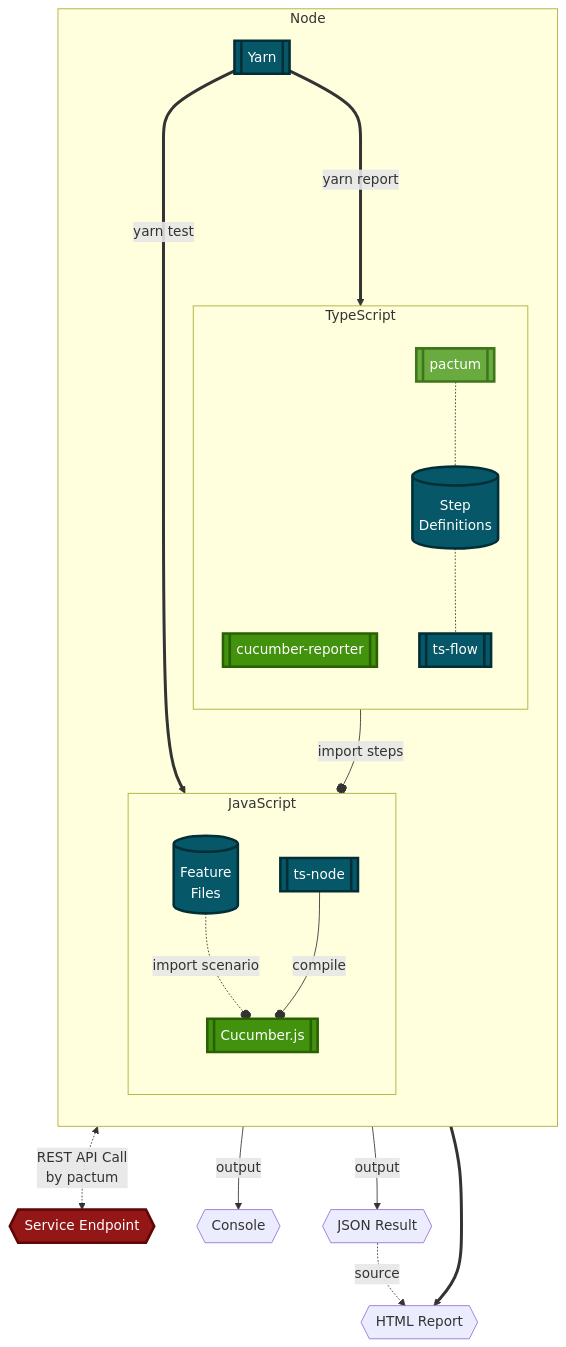
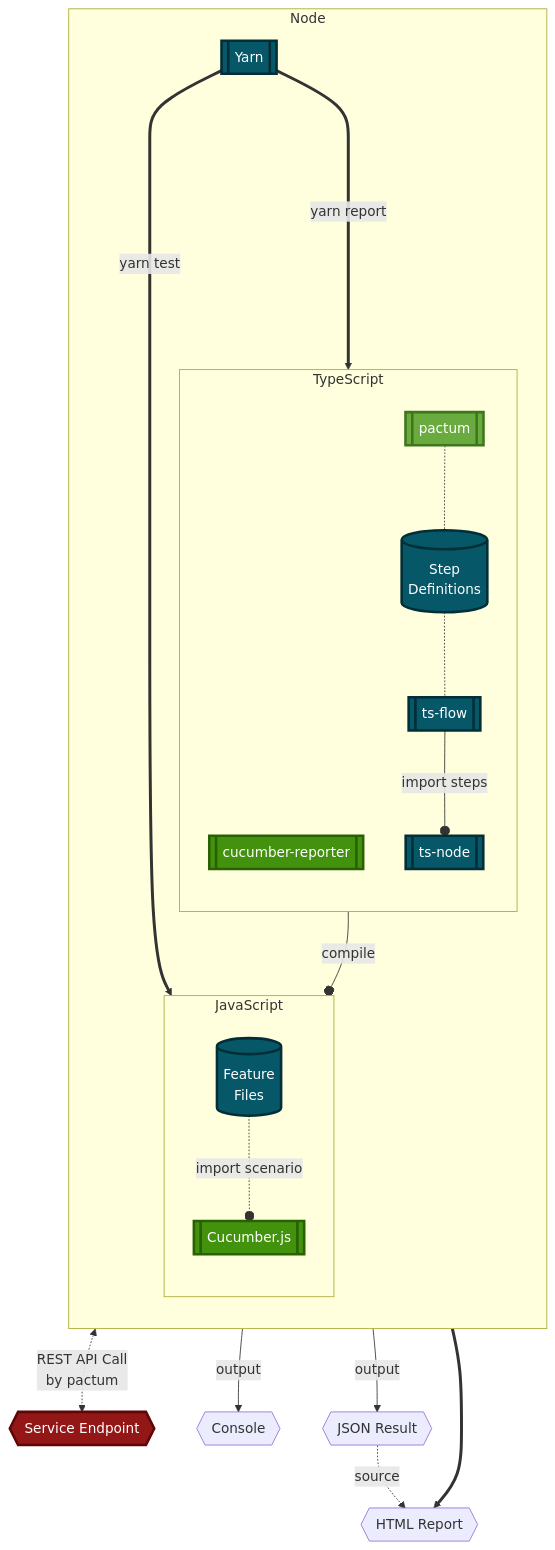
Before and after one commit to ddongEee/day1: the second of 3 diagrams in README.TECH.md, drawn with Mermaid.

Commit message:
edit diagram

````diff
--- a/README.TECH.md
+++ b/README.TECH.md
@@ -66,45 +66,45 @@
 ```mermaid
 %%{ init: { "fontFamily": "Noto Sans KR, sans-serif" } }%%
 flowchart TB
   %% Style
   classDef Role color:#050505,fill:#fad7ac,stroke:#be7a26,stroke-width:3px
   classDef Support color:#ffffff,fill:#065767,stroke:#012e37,stroke-width:3px
   classDef Core color:#ffffff,fill:#69ab3e,stroke:#3f761c,stroke-width:3px
   classDef Process color:#ffffff,fill:#42920e,stroke:#286003,stroke-width:3px
   classDef Target color:#ffffff,fill:#941717,stroke:#5e0707,stroke-width:3px
 
   %% Group
   Endpoint{{ Service Endpoint }}:::Target
   subgraph Node
     direction TB
     Yarn[[ Yarn ]]:::Support
     subgraph TypeScript
       direction TB
       REPORTER[[ cucumber-reporter ]]:::Process
       TSFLOW[[ ts-flow ]]:::Support
       Steps[( Step\nDefinitions )]:::Support
       Pactum[[ pactum ]]:::Core
+      TSNODE[[ ts-node ]]:::Support
     end
     subgraph JavaScript
       direction TB
       Cucumber[[ Cucumber.js ]]:::Process
       Feature[( Feature\nFiles )]:::Support
-      TSNODE[[ ts-node ]]:::Support
     end
   end
   CONSOLE{{ Console }}
   RESULT{{ JSON Result }}
   REPORT{{ HTML Report }}
 
   %% Link
 
   Yarn ==>|yarn test| Cucumber
   Feature -.-o|import scenario| Cucumber
   Pactum -.- Steps
   Steps -.- TSFLOW --o|import steps| TSNODE --o|compile| Cucumber
 
   Cucumber <-.->|REST API Call \n by pactum| Endpoint
   Cucumber -->|output| CONSOLE & RESULT
   RESULT -.->|source| REPORT
-  Yarn ====>|yarn report| REPORTER ==> REPORT
+  Yarn =====>|yarn report| REPORTER ==> REPORT
 ```
````
